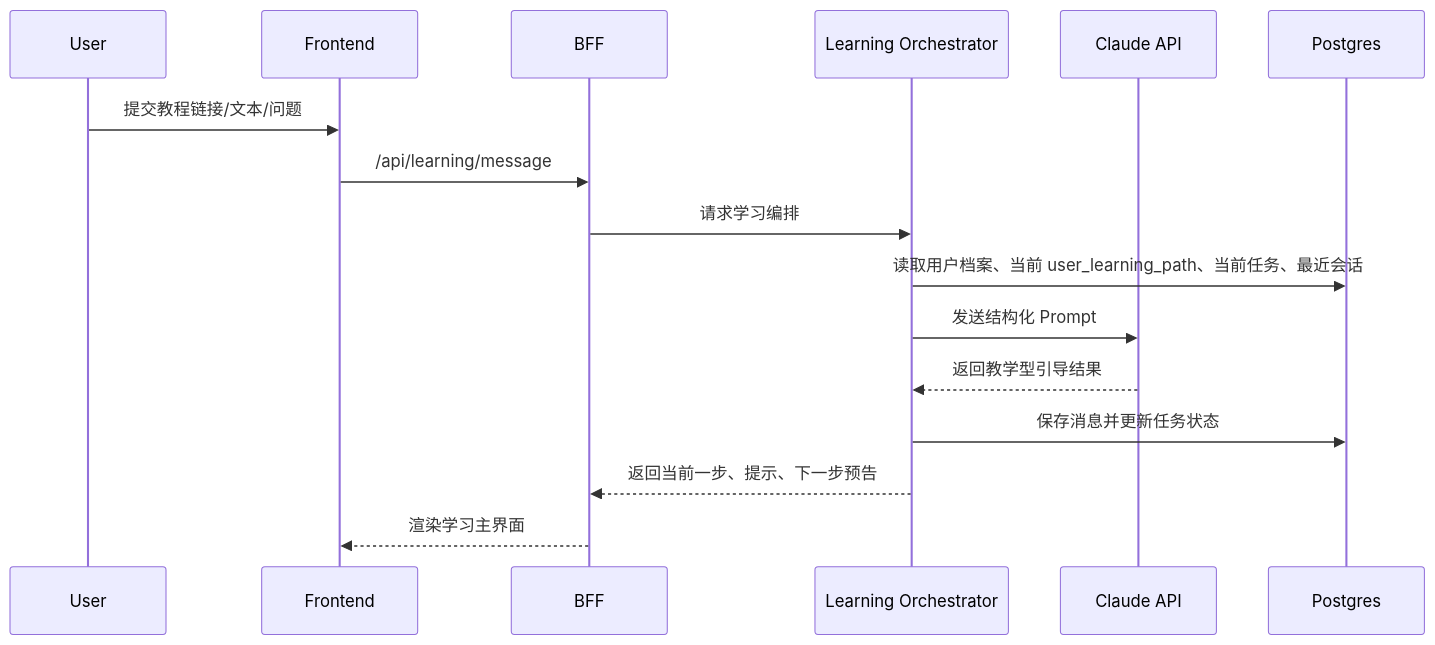
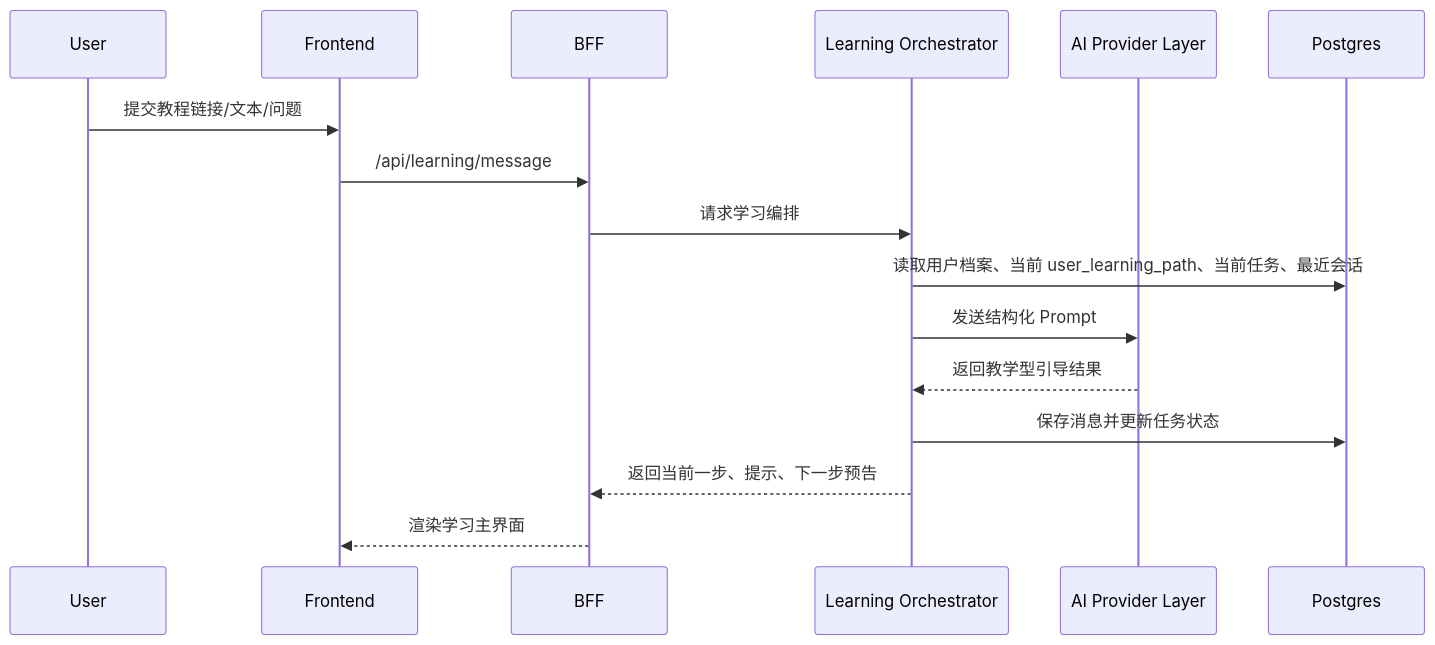
One commit to ChengZhuo2025/codetutor changed the fourth of 6 diagrams in docs/plans/2026-03-23-ai-coding-tutor-technical-architecture.md. Above: the diagram before and after it, drawn with Mermaid. The commit also changed other lines of this file and 5 other files, not shown here.

````diff
--- a/docs/plans/2026-03-23-ai-coding-tutor-technical-architecture.md
+++ b/docs/plans/2026-03-23-ai-coding-tutor-technical-architecture.md
@@ -448,19 +448,19 @@
 ```mermaid
 sequenceDiagram
     participant U as User
     participant FE as Frontend
     participant API as BFF
     participant LRN as Learning Orchestrator
-    participant AI as Claude API
+    participant AI as AI Provider Layer
     participant DB as Postgres
 
     U->>FE: 提交教程链接/文本/问题
     FE->>API: /api/learning/message
     API->>LRN: 请求学习编排
     LRN->>DB: 读取用户档案、当前 user_learning_path、当前任务、最近会话
     LRN->>AI: 发送结构化 Prompt
     AI-->>LRN: 返回教学型引导结果
     LRN->>DB: 保存消息并更新任务状态
     LRN-->>API: 返回当前一步、提示、下一步预告
     API-->>FE: 渲染学习主界面
 ```
````
